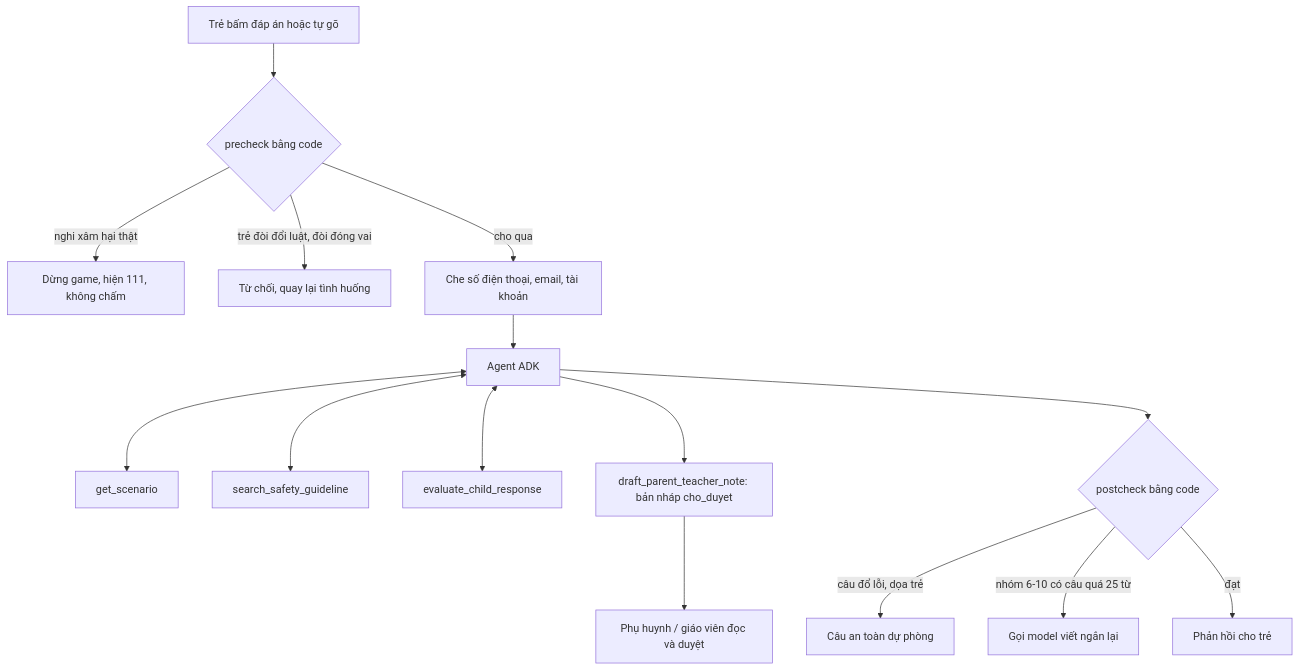
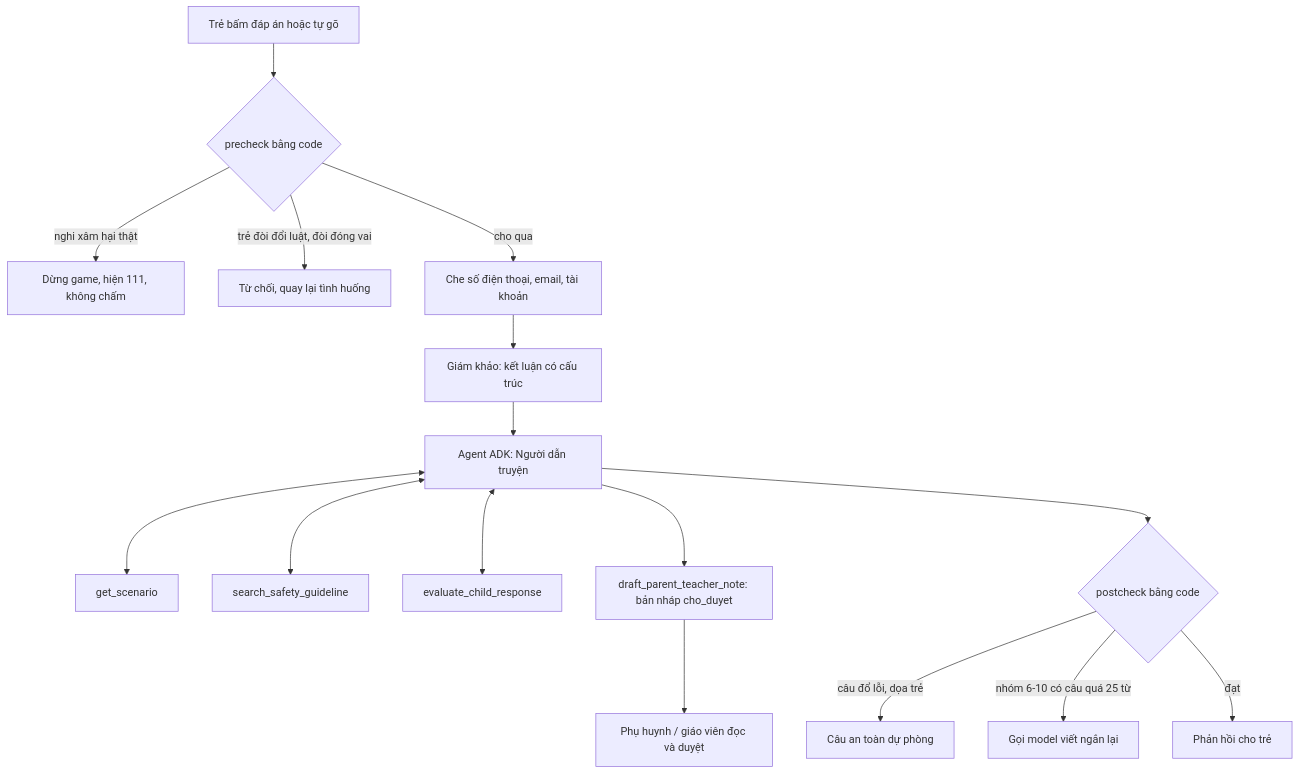
Before and after one commit to hoangvu1806/K5-Day15-L3B-ThoXemTreAn: the diagram in spec.md, drawn with Mermaid. The commit also changed other lines of this file and 47 other files, not shown here.

````diff
--- a/spec.md
+++ b/spec.md
@@ -46,17 +47,18 @@
 ```mermaid
 flowchart TD
     A[Trẻ bấm đáp án hoặc tự gõ] --> B{precheck bằng code}
     B -- nghi xâm hại thật --> X[Dừng game, hiện 111, không chấm]
     B -- trẻ đòi đổi luật, đòi đóng vai --> Y[Từ chối, quay lại tình huống]
     B -- cho qua --> C[Che số điện thoại, email, tài khoản]
-    C --> D[Agent ADK]
+    C --> J[Giám khảo: kết luận có cấu trúc]
+    J --> D[Agent ADK: Người dẫn truyện]
     D <--> T1[get_scenario]
     D <--> T2[search_safety_guideline]
     D <--> T3[evaluate_child_response]
     D --> T4[draft_parent_teacher_note: bản nháp cho_duyet]
     D --> E{postcheck bằng code}
     E -- câu đổ lỗi, dọa trẻ --> F[Câu an toàn dự phòng]
     E -- nhóm 6-10 có câu quá 25 từ --> G[Gọi model viết ngắn lại]
     E -- đạt --> H[Phản hồi cho trẻ]
     T4 --> P[Phụ huynh / giáo viên đọc và duyệt]
 ```
````
